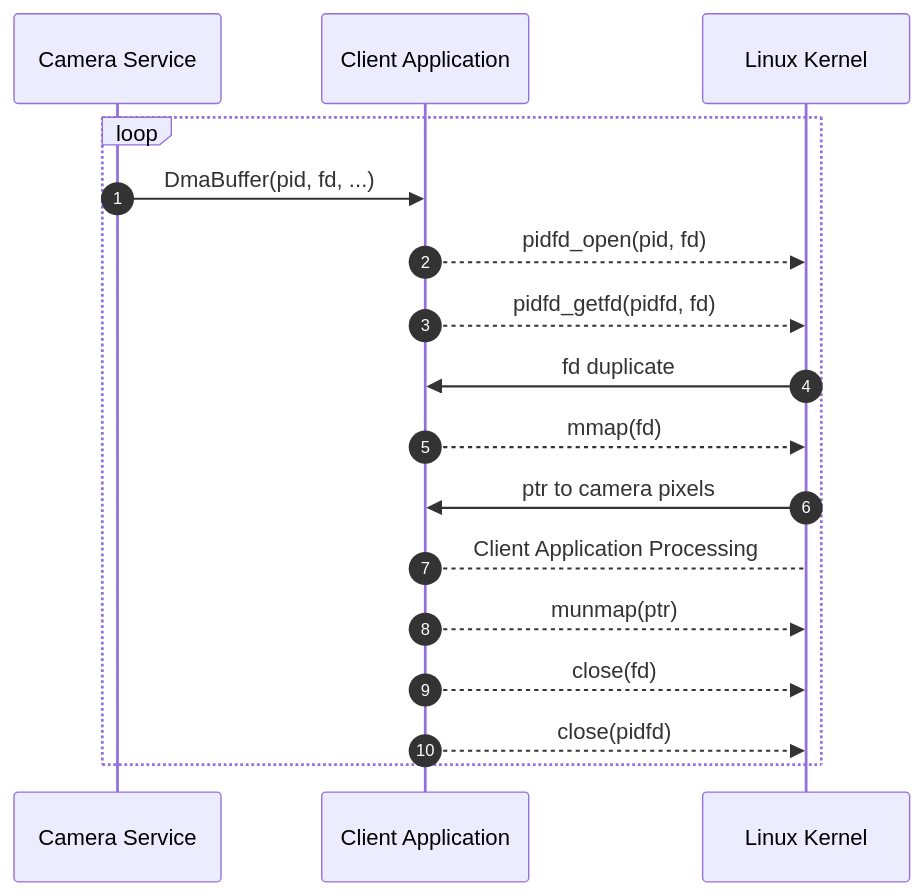
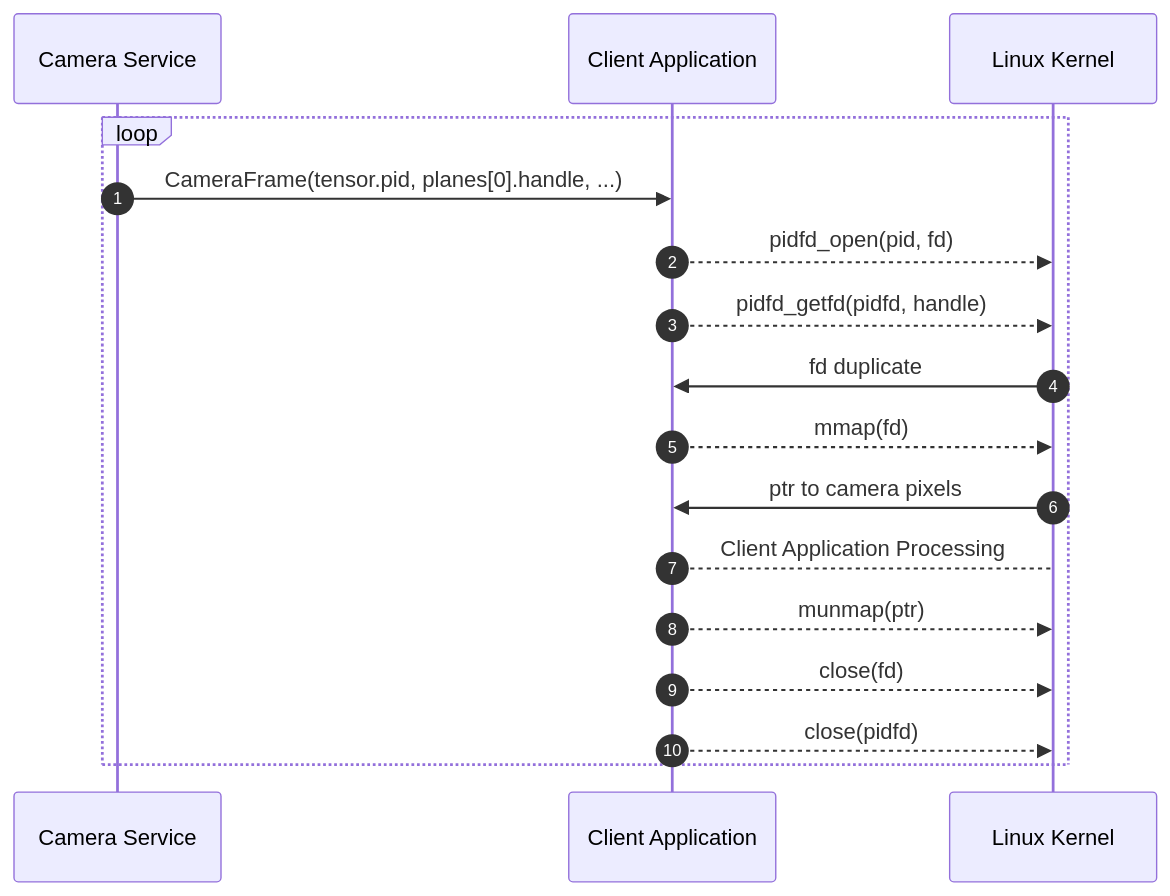
The diagram in docs/perception/topics/camera.md (EdgeFirstAI/documentation), drawn with Mermaid before and after one commit. The commit also changed other lines of this file and 69 other files, not shown here.

````diff
--- a/docs/perception/topics/camera.md
+++ b/docs/perception/topics/camera.md
@@ -28,16 +39,16 @@
 ``` mermaid
 sequenceDiagram
     loop
     autonumber
-    Camera Service->>Client Application: DmaBuffer(pid, fd, ...)
+    Camera Service->>Client Application: CameraFrame(tensor.pid, planes[0].handle, ...)
     Client Application-->>Linux Kernel: pidfd_open(pid, fd)
-    Client Application-->>Linux Kernel: pidfd_getfd(pidfd, fd)
+    Client Application-->>Linux Kernel: pidfd_getfd(pidfd, handle)
     Linux Kernel->>Client Application: fd duplicate
     Client Application-->>Linux Kernel: mmap(fd)
     Linux Kernel->>Client Application: ptr to camera pixels
     Client Application-->Linux Kernel: Client Application Processing
     Client Application-->>Linux Kernel: munmap(ptr)
     Client Application-->>Linux Kernel: close(fd)
     Client Application-->>Linux Kernel: close(pidfd)
     end
 ```
````
